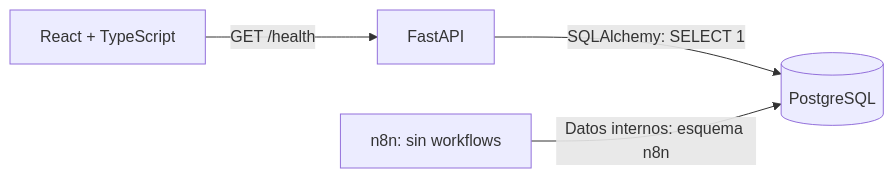
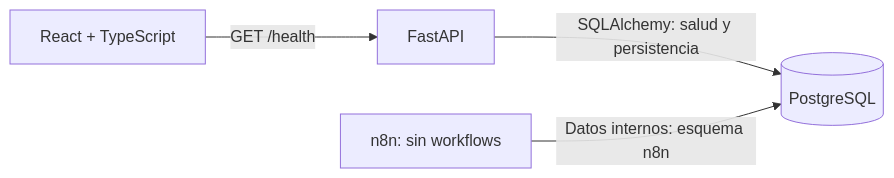
The first of 2 diagrams in docs/architecture.md (xBiltTom/bec-guard), drawn with Mermaid before and after one commit. The commit also changed other lines of this file and 21 other files, not shown here.

````diff
--- a/docs/architecture.md
+++ b/docs/architecture.md
@@ -18,6 +18,6 @@
 ```mermaid
 flowchart LR
     Browser[React + TypeScript] -->|GET /health| API[FastAPI]
-    API -->|SQLAlchemy: SELECT 1| DB[(PostgreSQL)]
+    API -->|SQLAlchemy: salud y persistencia| DB[(PostgreSQL)]
     N8N[n8n: sin workflows] -->|Datos internos: esquema n8n| DB
 ```
````
